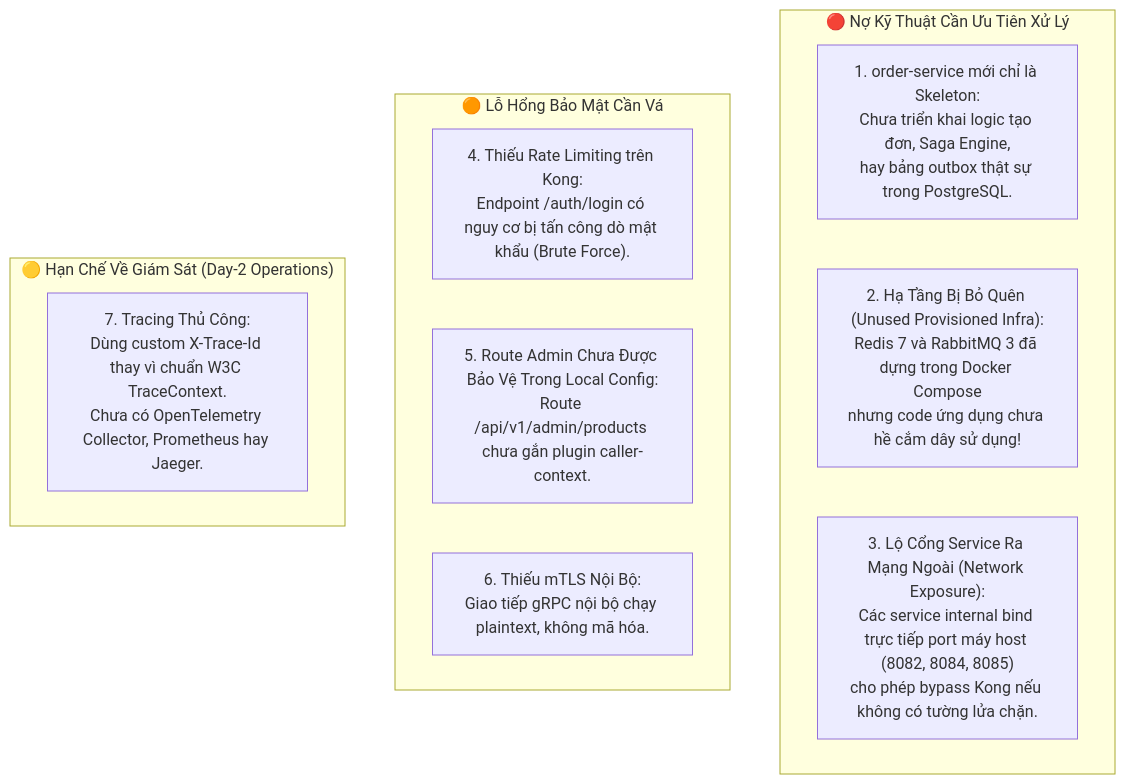
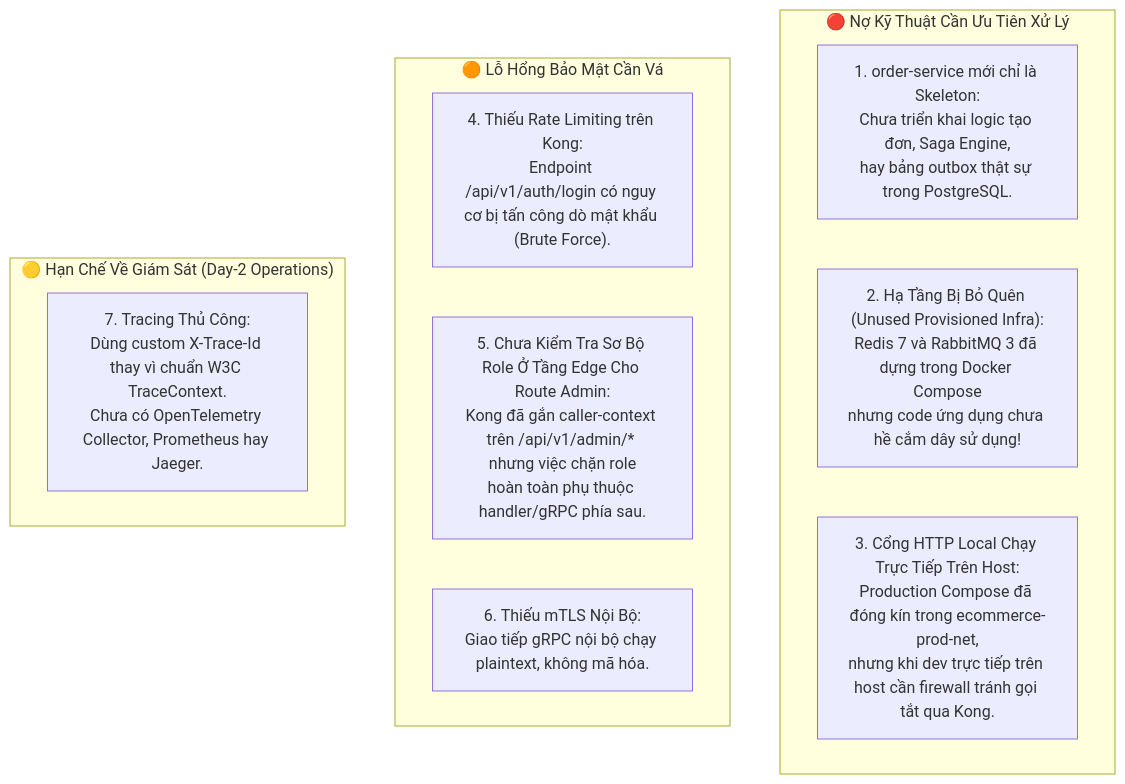
Before and after one commit to tuoitho/dreamshop: the first of 2 diagrams in docs/architecture-evaluation/06-so-sanh-thuc-te-lo-hong-va-lo-trinh-senior.md, drawn with Mermaid. The commit also changed other lines of this file and 40 other files, not shown here.

````diff
--- a/docs/architecture-evaluation/06-so-sanh-thuc-te-lo-hong-va-lo-trinh-senior.md
+++ b/docs/architecture-evaluation/06-so-sanh-thuc-te-lo-hong-va-lo-trinh-senior.md
@@ -38,18 +38,18 @@
 ```mermaid
 graph TD
     subgraph Critical_Debts["🔴 Nợ Kỹ Thuật Cần Ưu Tiên Xử Lý"]
         D1["1. order-service mới chỉ là Skeleton:\nChưa triển khai logic tạo đơn, Saga Engine,\nhay bảng outbox thật sự trong PostgreSQL."]
         D2["2. Hạ Tầng Bị Bỏ Quên (Unused Provisioned Infra):\nRedis 7 và RabbitMQ 3 đã dựng trong Docker Compose\nnhưng code ứng dụng chưa hề cắm dây sử dụng!"]
-        D3["3. Lộ Cổng Service Ra Mạng Ngoài (Network Exposure):\nCác service internal bind trực tiếp port máy host (8082, 8084, 8085)\ncho phép bypass Kong nếu không có tường lửa chặn."]
+        D3["3. Cổng HTTP Local Chạy Trực Tiếp Trên Host:\nProduction Compose đã đóng kín trong ecommerce-prod-net,\nnhưng khi dev trực tiếp trên host cần firewall tránh gọi tắt qua Kong."]
     end
 
     subgraph Security_Debts["🟠 Lỗ Hổng Bảo Mật Cần Vá"]
-        S1["4. Thiếu Rate Limiting trên Kong:\nEndpoint /auth/login có nguy cơ bị tấn công dò mật khẩu (Brute Force)."]
-        S2["5. Route Admin Chưa Được Bảo Vệ Trong Local Config:\nRoute /api/v1/admin/products chưa gắn plugin caller-context."]
+        S1["4. Thiếu Rate Limiting trên Kong:\nEndpoint /api/v1/auth/login có nguy cơ bị tấn công dò mật khẩu (Brute Force)."]
+        S2["5. Chưa Kiểm Tra Sơ Bộ Role Ở Tầng Edge Cho Route Admin:\nKong đã gắn caller-context trên /api/v1/admin/* nhưng việc chặn role\nhoàn toàn phụ thuộc handler/gRPC phía sau."]
         S3["6. Thiếu mTLS Nội Bộ:\nGiao tiếp gRPC nội bộ chạy plaintext, không mã hóa."]
     end
 
     subgraph Observability_Debts["🟡 Hạn Chế Về Giám Sát (Day-2 Operations)"]
         O1["7. Tracing Thủ Công:\nDùng custom X-Trace-Id thay vì chuẩn W3C TraceContext.\nChưa có OpenTelemetry Collector, Prometheus hay Jaeger."]
     end
 ```
````
